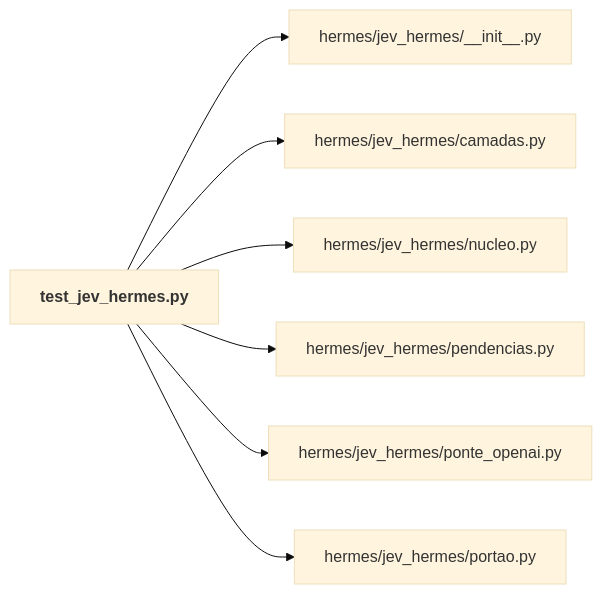
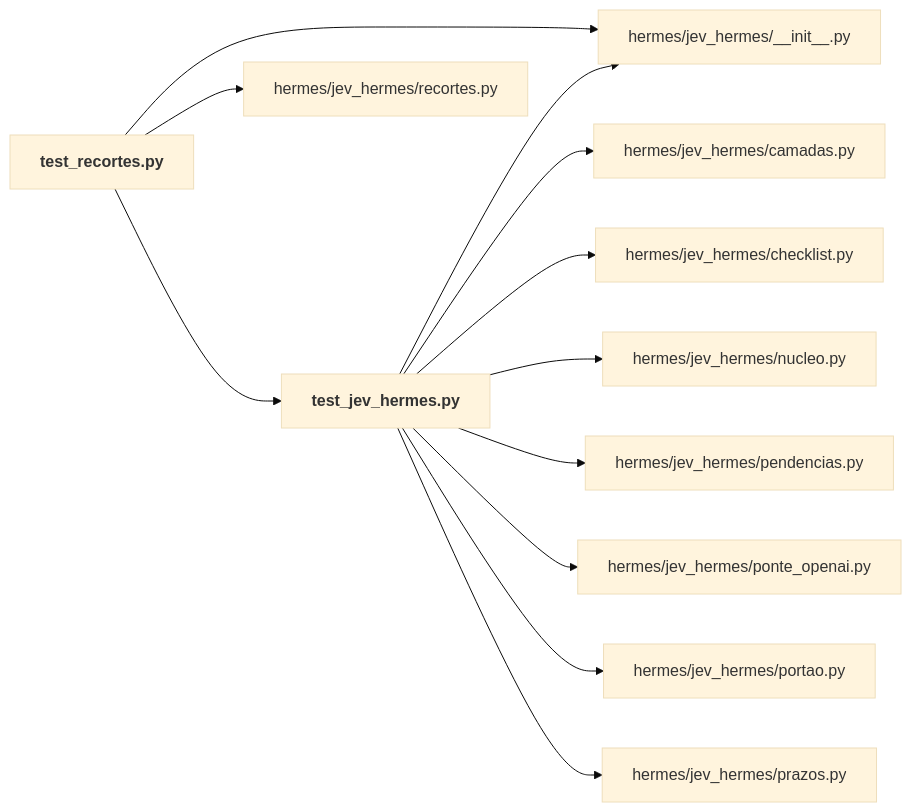
The diagram in mapa/pastas/hermes__tests.md (igormorais123/JEV), drawn with Mermaid (base theme) before and after one commit. The commit also changed other lines of this file and 47 other files, not shown here.

````diff
--- a/mapa/pastas/hermes__tests.md
+++ b/mapa/pastas/hermes__tests.md
@@ -17,16 +18,25 @@
 ```mermaid
 flowchart LR
   n_hermes_jev_hermes___init___py["hermes/jev_hermes/__init__.py"]
   n_hermes_jev_hermes_camadas_py["hermes/jev_hermes/camadas.py"]
+  n_hermes_jev_hermes_checklist_py["hermes/jev_hermes/checklist.py"]
   n_hermes_jev_hermes_nucleo_py["hermes/jev_hermes/nucleo.py"]
   n_hermes_jev_hermes_pendencias_py["hermes/jev_hermes/pendencias.py"]
   n_hermes_jev_hermes_ponte_openai_py["hermes/jev_hermes/ponte_openai.py"]
   n_hermes_jev_hermes_portao_py["hermes/jev_hermes/portao.py"]
+  n_hermes_jev_hermes_prazos_py["hermes/jev_hermes/prazos.py"]
+  n_hermes_jev_hermes_recortes_py["hermes/jev_hermes/recortes.py"]
   n_hermes_tests_test_jev_hermes_py["<b>test_jev_hermes.py</b>"]
+  n_hermes_tests_test_recortes_py["<b>test_recortes.py</b>"]
   n_hermes_tests_test_jev_hermes_py --> n_hermes_jev_hermes___init___py
   n_hermes_tests_test_jev_hermes_py --> n_hermes_jev_hermes_camadas_py
+  n_hermes_tests_test_jev_hermes_py --> n_hermes_jev_hermes_checklist_py
   n_hermes_tests_test_jev_hermes_py --> n_hermes_jev_hermes_nucleo_py
   n_hermes_tests_test_jev_hermes_py --> n_hermes_jev_hermes_pendencias_py
   n_hermes_tests_test_jev_hermes_py --> n_hermes_jev_hermes_ponte_openai_py
   n_hermes_tests_test_jev_hermes_py --> n_hermes_jev_hermes_portao_py
+  n_hermes_tests_test_jev_hermes_py --> n_hermes_jev_hermes_prazos_py
+  n_hermes_tests_test_recortes_py --> n_hermes_jev_hermes___init___py
+  n_hermes_tests_test_recortes_py --> n_hermes_jev_hermes_recortes_py
+  n_hermes_tests_test_recortes_py --> n_hermes_tests_test_jev_hermes_py
 ```
````
